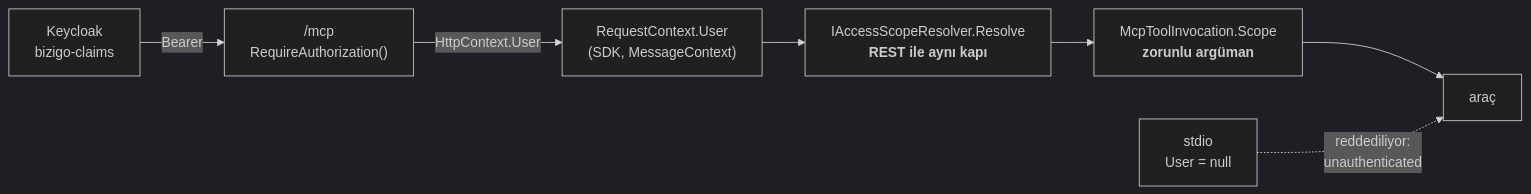
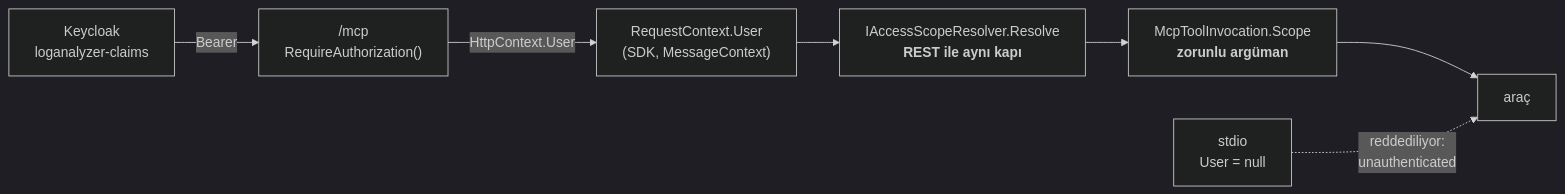
Before and after one commit to hakkisagdic/loganalyzer: the diagram in docs/epic/mcp-teknik-plan/index.md, drawn with Mermaid (dark theme). The commit also changed other lines of this file and 2211 other files, not shown here.

Commit message:
feat: add LogAnalyzer Lite incident flight recorder, rebrand from bizigo to generic loganalyzer

````diff
--- a/docs/epic/mcp-teknik-plan/index.md
+++ b/docs/epic/mcp-teknik-plan/index.md
@@ -190,9 +190,9 @@
 ```mermaid
 flowchart LR
-  KC["Keycloak<br/>bizigo-claims"] -->|Bearer| HTTP["/mcp<br/>RequireAuthorization()"]
+  KC["Keycloak<br/>loganalyzer-claims"] -->|Bearer| HTTP["/mcp<br/>RequireAuthorization()"]
   HTTP -->|HttpContext.User| CTX["RequestContext.User<br/>(SDK, MessageContext)"]
   CTX --> GATE["IAccessScopeResolver.Resolve<br/><b>REST ile aynı kapı</b>"]
   GATE --> INV["McpToolInvocation.Scope<br/><b>zorunlu argüman</b>"]
   INV --> TOOL["araç"]
   STDIO["stdio<br/>User = null"] -.->|"reddediliyor:<br/>unauthenticated"| TOOL
 ```
````
